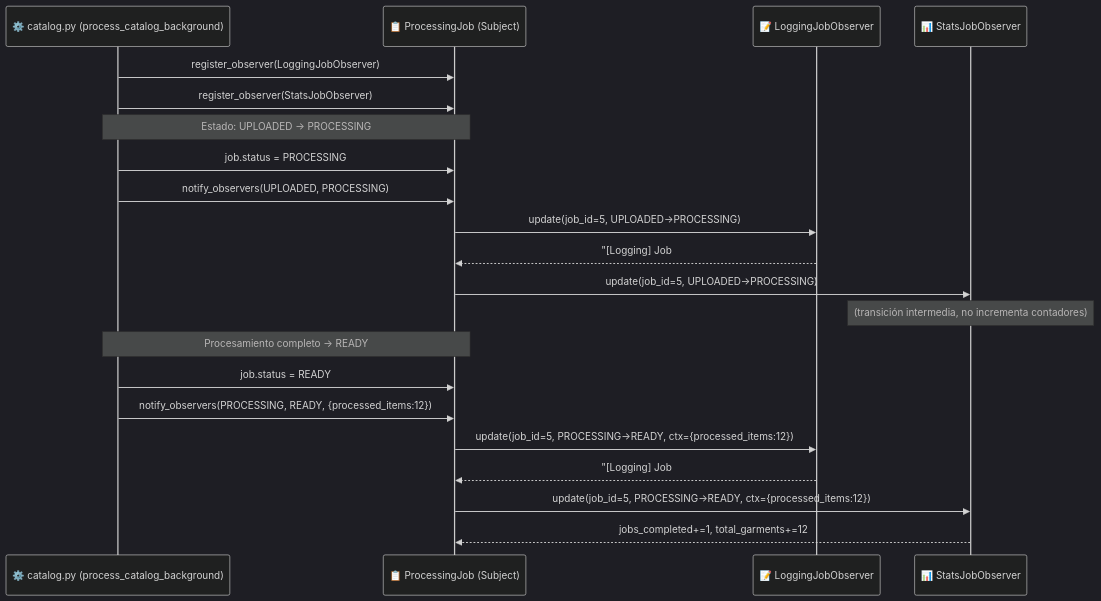
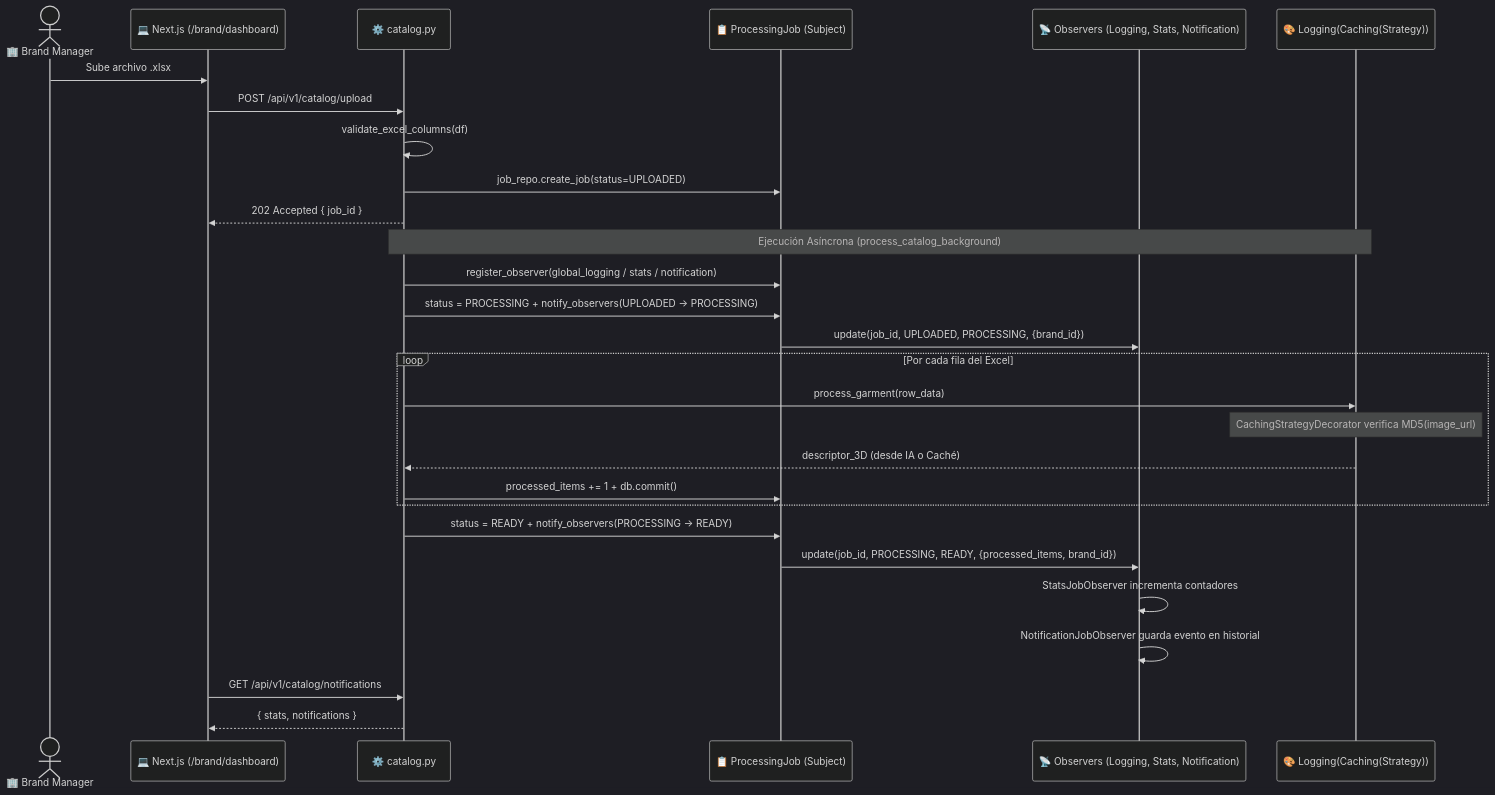
The fourth of 6 diagrams in docs/diagrama_secuencia.md (tominadal/TryOn_progra2), drawn with Mermaid (dark theme) before and after one commit. The commit also changed other lines of this file and 53 other files, not shown here.

Commit message:
feat(catalog,docs): add garment edit/delete CRUD, Observer feed, SOLID repos and full docs update

````diff
--- a/docs/diagrama_secuencia.md
+++ b/docs/diagrama_secuencia.md
@@ -98,26 +125,35 @@
 ```mermaid
 sequenceDiagram
-    participant Catalog as ⚙️ catalog.py (process_catalog_background)
+    actor Brand as 🏢 Brand Manager
+    participant NextJS as 💻 Next.js (/brand/dashboard)
+    participant Catalog as ⚙️ catalog.py
     participant Job as 📋 ProcessingJob (Subject)
-    participant LogObs as 📝 LoggingJobObserver
-    participant StatsObs as 📊 StatsJobObserver
+    participant Obs as 📡 Observers (Logging, Stats, Notification)
+    participant Chain as 🎨 Logging(Caching(Strategy))
 
-    Catalog->>Job: register_observer(LoggingJobObserver)
-    Catalog->>Job: register_observer(StatsJobObserver)
+    Brand->>NextJS: Sube archivo .xlsx
+    NextJS->>Catalog: POST /api/v1/catalog/upload
+    Catalog->>Catalog: validate_excel_columns(df)
+    Catalog->>Job: job_repo.create_job(status=UPLOADED)
+    Catalog-->>NextJS: 202 Accepted { job_id }
 
-    Note over Catalog,Job: Estado: UPLOADED → PROCESSING
-    Catalog->>Job: job.status = PROCESSING
-    Catalog->>Job: notify_observers(UPLOADED, PROCESSING)
-    Job->>LogObs: update(job_id=5, UPLOADED→PROCESSING)
-    LogObs-->>Job: "[Logging] Job #5: UPLOADED → PROCESSING"
-    Job->>StatsObs: update(job_id=5, UPLOADED→PROCESSING)
-    Note over StatsObs: (transición intermedia, no incrementa contadores)
+    Note over Catalog,Chain: Ejecución Asíncrona (process_catalog_background)
+    Catalog->>Job: register_observer(global_logging / stats / notification)
+    Catalog->>Job: status = PROCESSING + notify_observers(UPLOADED → PROCESSING)
+    Job->>Obs: update(job_id, UPLOADED, PROCESSING, {brand_id})
 
-    Note over Catalog,Job: Procesamiento completo → READY
-    Catalog->>Job: job.status = READY
-    Catalog->>Job: notify_observers(PROCESSING, READY, {processed_items:12})
-    Job->>LogObs: update(job_id=5, PROCESSING→READY, ctx={processed_items:12})
-    LogObs-->>Job: "[Logging] Job #5: PROCESSING → READY | processed_items=12"
-    Job->>StatsObs: update(job_id=5, PROCESSING→READY, ctx={processed_items:12})
-    StatsObs-->>Job: jobs_completed+=1, total_garments+=12
+    loop Por cada fila del Excel
+        Catalog->>Chain: process_garment(row_data)
+        Note over Chain: CachingStrategyDecorator verifica MD5(image_url)
+        Chain-->>Catalog: descriptor_3D (desde IA o Caché)
+        Catalog->>Job: processed_items += 1 + db.commit()
+    end
+
+    Catalog->>Job: status = READY + notify_observers(PROCESSING → READY)
+    Job->>Obs: update(job_id, PROCESSING, READY, {processed_items, brand_id})
+    Obs->>Obs: StatsJobObserver incrementa contadores
+    Obs->>Obs: NotificationJobObserver guarda evento en historial
+
+    NextJS->>Catalog: GET /api/v1/catalog/notifications
+    Catalog-->>NextJS: { stats, notifications }
 ```
````
